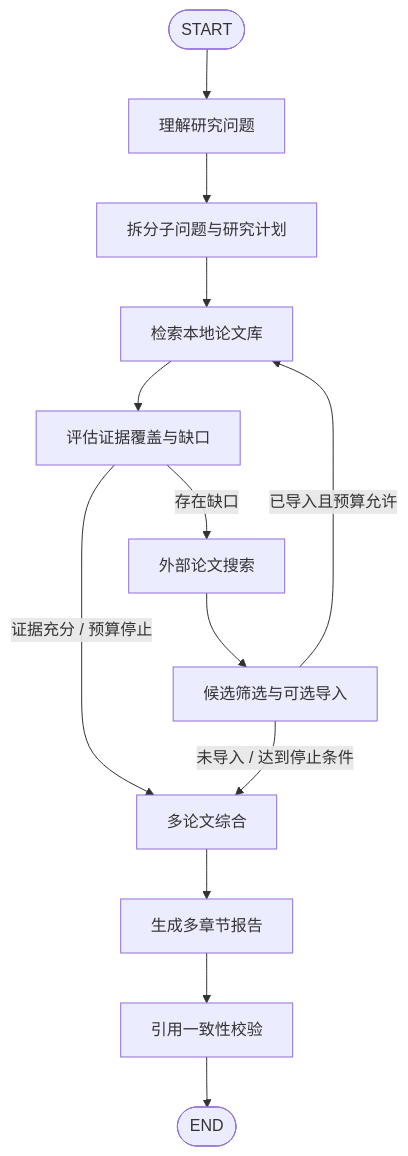
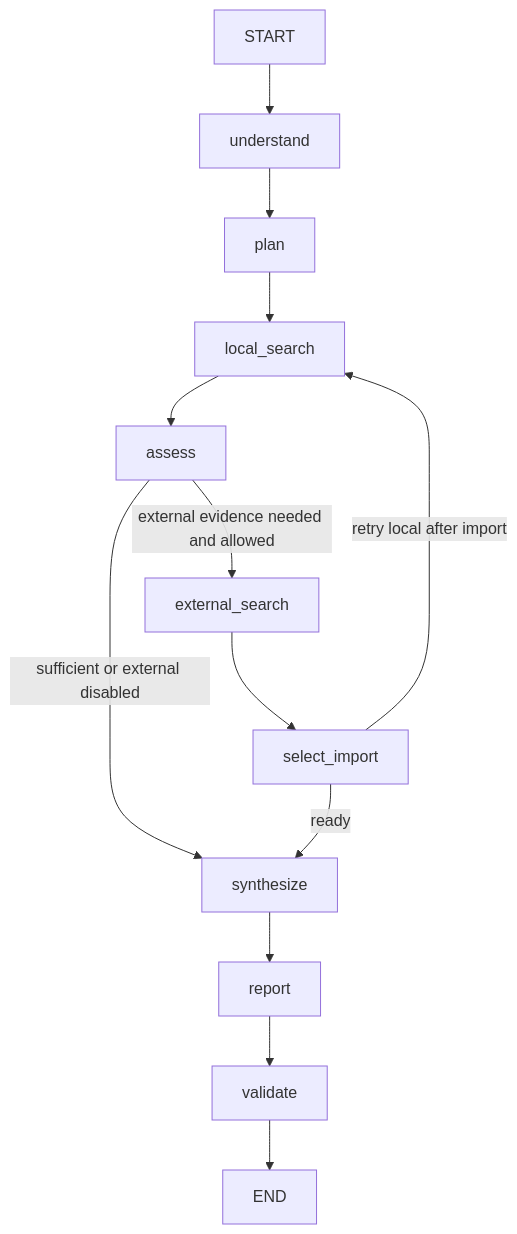
Before and after one commit to zhangjf314/Research: the diagram in docs/langgraph-workflow.md, drawn with Mermaid. The commit also changed other lines of this file and 14 other files, not shown here.

````diff
--- a/docs/langgraph-workflow.md
+++ b/docs/langgraph-workflow.md
@@ -3,15 +8,15 @@
 ```mermaid
-flowchart TD
-    START(["START"]) --> U["理解研究问题"]
-    U --> P["拆分子问题与研究计划"]
-    P --> L["检索本地论文库"]
-    L --> A["评估证据覆盖与缺口"]
-    A -->|"证据充分 / 预算停止"| S["多论文综合"]
-    A -->|"存在缺口"| E["外部论文搜索"]
-    E --> C["候选筛选与可选导入"]
-    C -->|"已导入且预算允许"| L
-    C -->|"未导入 / 达到停止条件"| S
-    S --> R["生成多章节报告"]
-    R --> V["引用一致性校验"]
-    V --> END(["END"])
+flowchart TB
+    START --> UNDERSTAND["understand"]
+    UNDERSTAND --> PLAN["plan"]
+    PLAN --> LOCAL["local_search"]
+    LOCAL --> ASSESS["assess"]
+    ASSESS -->|"external evidence needed and allowed"| EXT["external_search"]
+    EXT --> IMPORT["select_import"]
+    IMPORT -->|"retry local after import"| LOCAL
+    ASSESS -->|"sufficient or external disabled"| SYN["synthesize"]
+    IMPORT -->|"ready"| SYN
+    SYN --> REPORT["report"]
+    REPORT --> VALIDATE["validate"]
+    VALIDATE --> END
 ```
````
